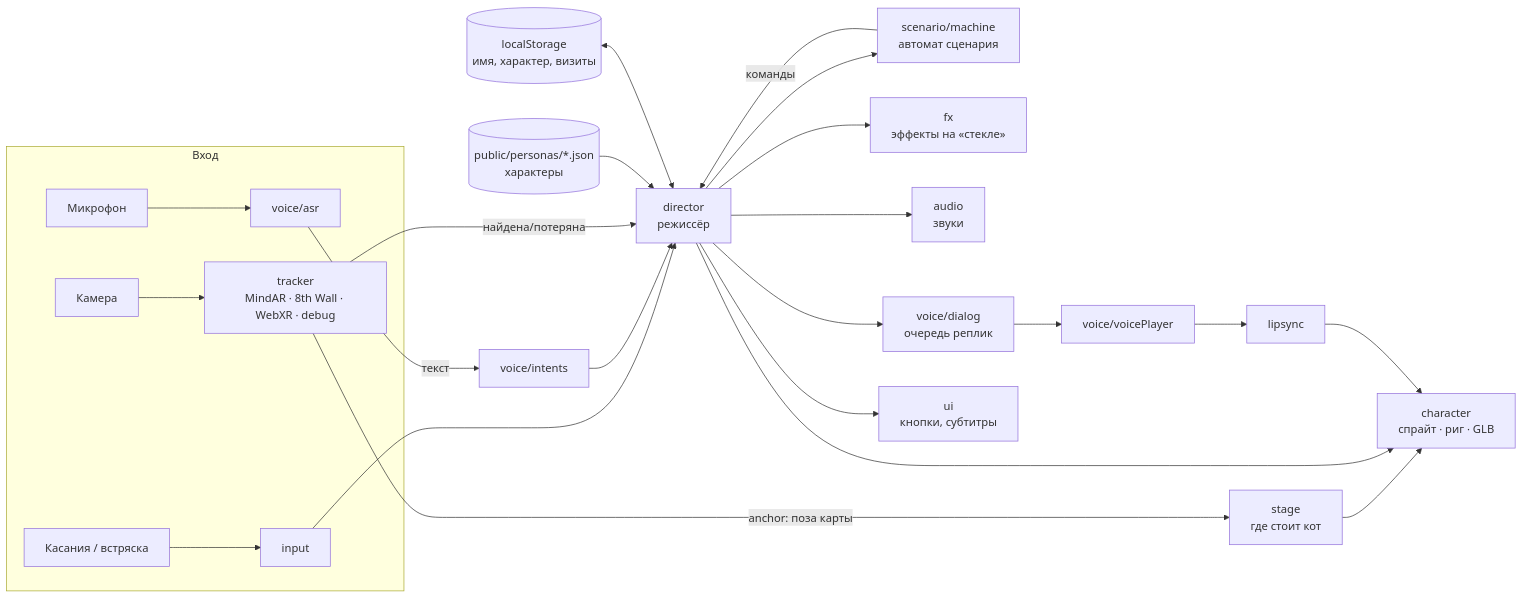
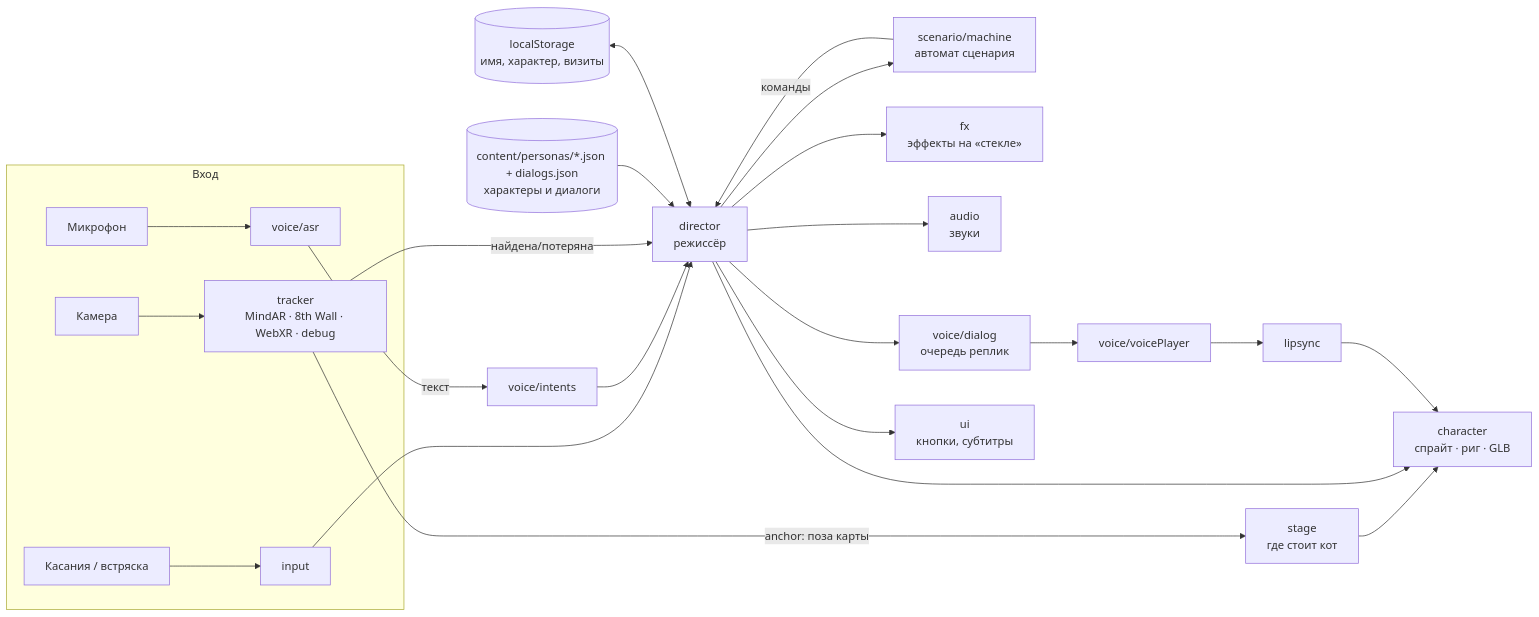
One commit to vsershov21-spec/ar changed the diagram in docs/ARCHITECTURE.md. Above: the diagram before and after it, drawn with Mermaid. The commit also changed other lines of this file and 4 other files, not shown here.

First line of the commit message:
Документация: docs/DIALOGS.md (схемы диалогов mermaid, окно ответа, выбор реплик, очередь, сессия, правила); content/README про dialogs.json

````diff
--- a/docs/ARCHITECTURE.md
+++ b/docs/ARCHITECTURE.md
@@ -9,22 +9,22 @@
 ```mermaid
 flowchart LR
   subgraph Вход
     CAM[Камера] --> TR
     TOUCH[Касания / встряска] --> IN[input]
     MIC[Микрофон] --> ASR[voice/asr]
   end
   TR[tracker<br/>MindAR · 8th Wall · WebXR · debug] -->|anchor: поза карты| ST[stage<br/>где стоит кот]
   ST --> CH[character<br/>спрайт · риг · GLB]
   IN --> DIR
   ASR -->|текст| INT[voice/intents] --> DIR
   TR -->|найдена/потеряна| DIR
   DIR[director<br/>режиссёр] --> SM[scenario/machine<br/>автомат сценария]
   SM -->|команды| DIR
   DIR --> CH
   DIR --> FX[fx<br/>эффекты на «стекле»]
   DIR --> AU[audio<br/>звуки]
   DIR --> DQ[voice/dialog<br/>очередь реплик] --> VP[voice/voicePlayer] --> LS[lipsync] --> CH
   DIR --> UI[ui<br/>кнопки, субтитры]
-  P[(public/personas/*.json<br/>характеры)] --> DIR
+  P[(content/personas/*.json + dialogs.json<br/>характеры и диалоги)] --> DIR
   MEM[(localStorage<br/>имя, характер, визиты)] <--> DIR
 ```
````
